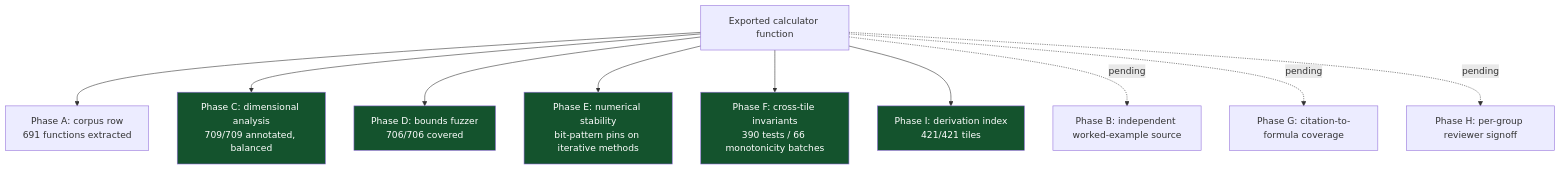
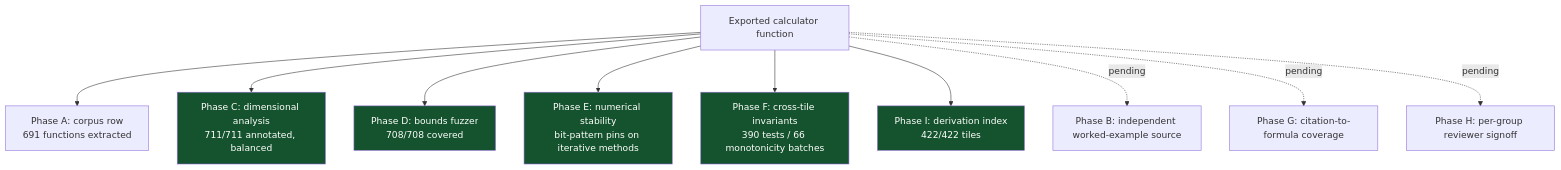
One commit to clay-good/roughlogic.com changed the fourth of 5 diagrams in README.md. Above: the diagram before and after it, drawn with Mermaid. The commit also changed other lines of this file and 15 other files, not shown here.

````diff
--- a/README.md
+++ b/README.md
@@ -208,17 +208,17 @@
 ```mermaid
 flowchart TB
     F[Exported calculator function] --> A[Phase A: corpus row\n691 functions extracted]
-    F --> C[Phase C: dimensional analysis\n709/709 annotated, balanced]
-    F --> D[Phase D: bounds fuzzer\n706/706 covered]
+    F --> C[Phase C: dimensional analysis\n711/711 annotated, balanced]
+    F --> D[Phase D: bounds fuzzer\n708/708 covered]
     F --> E[Phase E: numerical stability\nbit-pattern pins on iterative methods]
     F --> Fa[Phase F: cross-tile invariants\n390 tests / 66 monotonicity batches]
-    F --> I[Phase I: derivation index\n421/421 tiles]
+    F --> I[Phase I: derivation index\n422/422 tiles]
     F -.pending.-> B[Phase B: independent worked-example source]
     F -.pending.-> G[Phase G: citation-to-formula coverage]
     F -.pending.-> H[Phase H: per-group reviewer signoff]
     style C fill:#14532d,color:#fff
     style D fill:#14532d,color:#fff
     style E fill:#14532d,color:#fff
     style Fa fill:#14532d,color:#fff
     style I fill:#14532d,color:#fff
 ```
````
